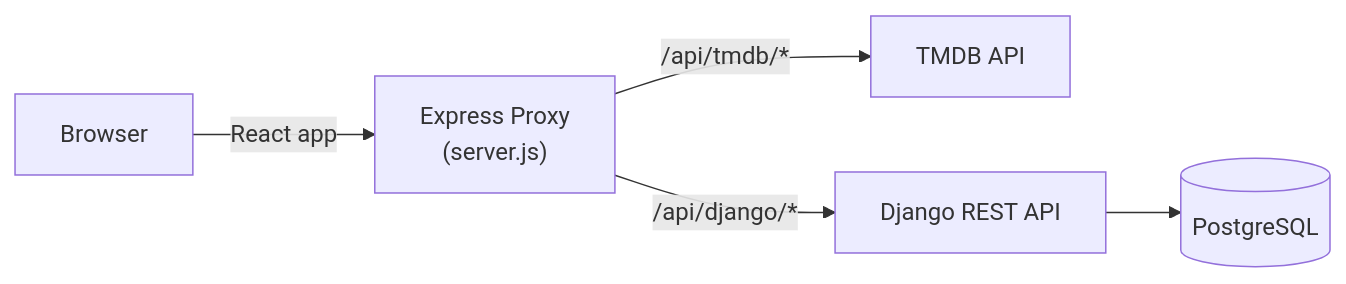
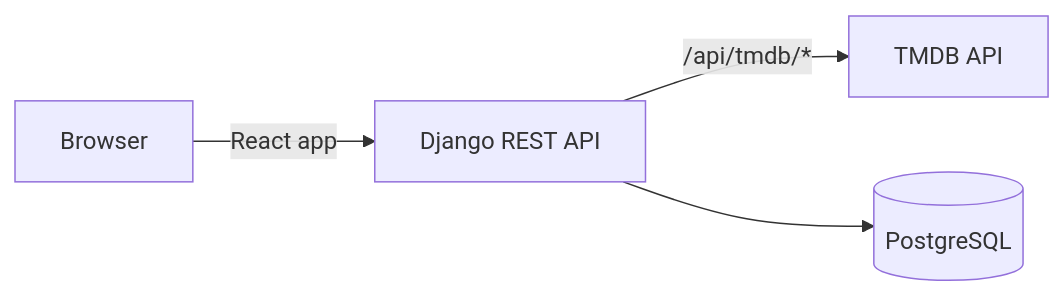
One commit to SanjayJoshi116/movie-app-v2 changed the diagram in README.md. Above: the diagram before and after it, drawn with Mermaid. The commit also changed other lines of this file and 23 other files, not shown here.

First line of the commit message:
Bump to 0.15.4: retire Express proxy in favor of a Django-native TMDB passthrough

````diff
--- a/README.md
+++ b/README.md
@@ -160,7 +159,6 @@
 ```mermaid
 flowchart LR
-    Browser -->|React app| ExpressProxy["Express Proxy\n(server.js)"]
-    ExpressProxy -->|"/api/tmdb/*"| TMDB["TMDB API"]
-    ExpressProxy -->|"/api/django/*"| Django["Django REST API"]
+    Browser -->|React app| Django["Django REST API"]
+    Django -->|"/api/tmdb/*"| TMDB["TMDB API"]
     Django --> Postgres[("PostgreSQL")]
 ```
````
